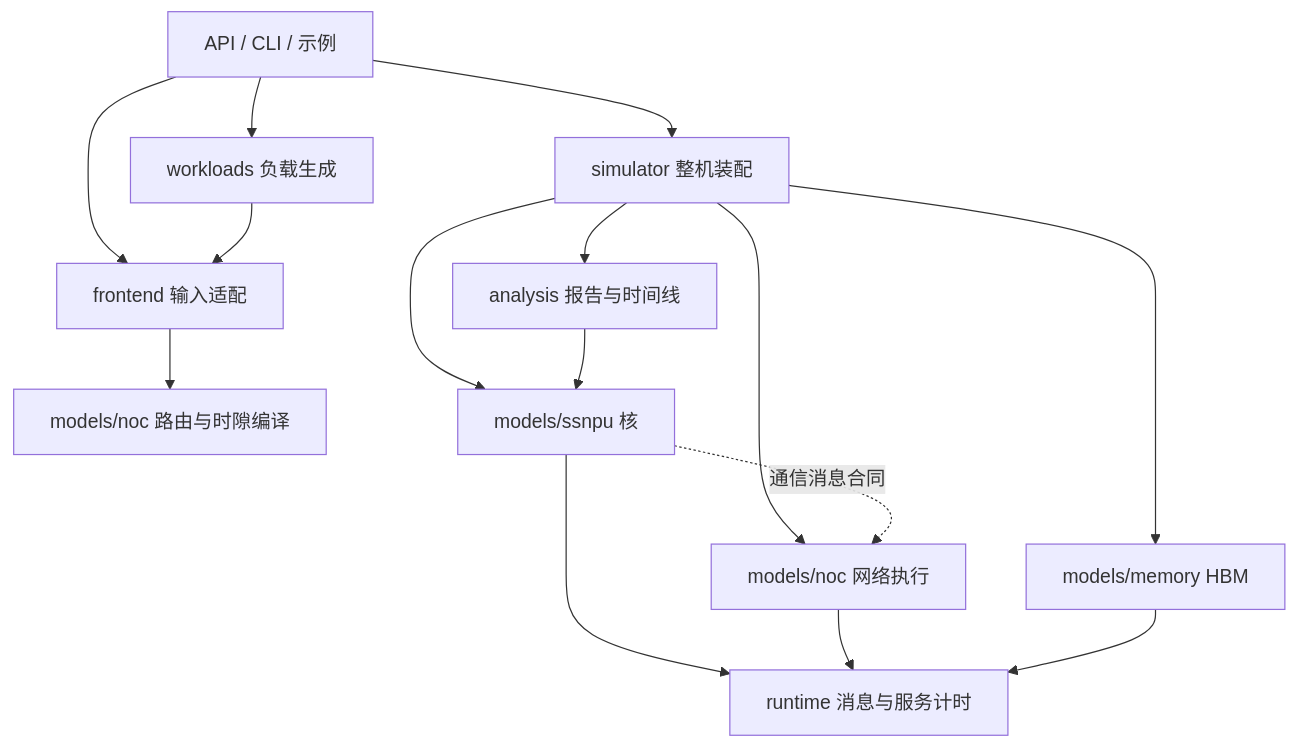
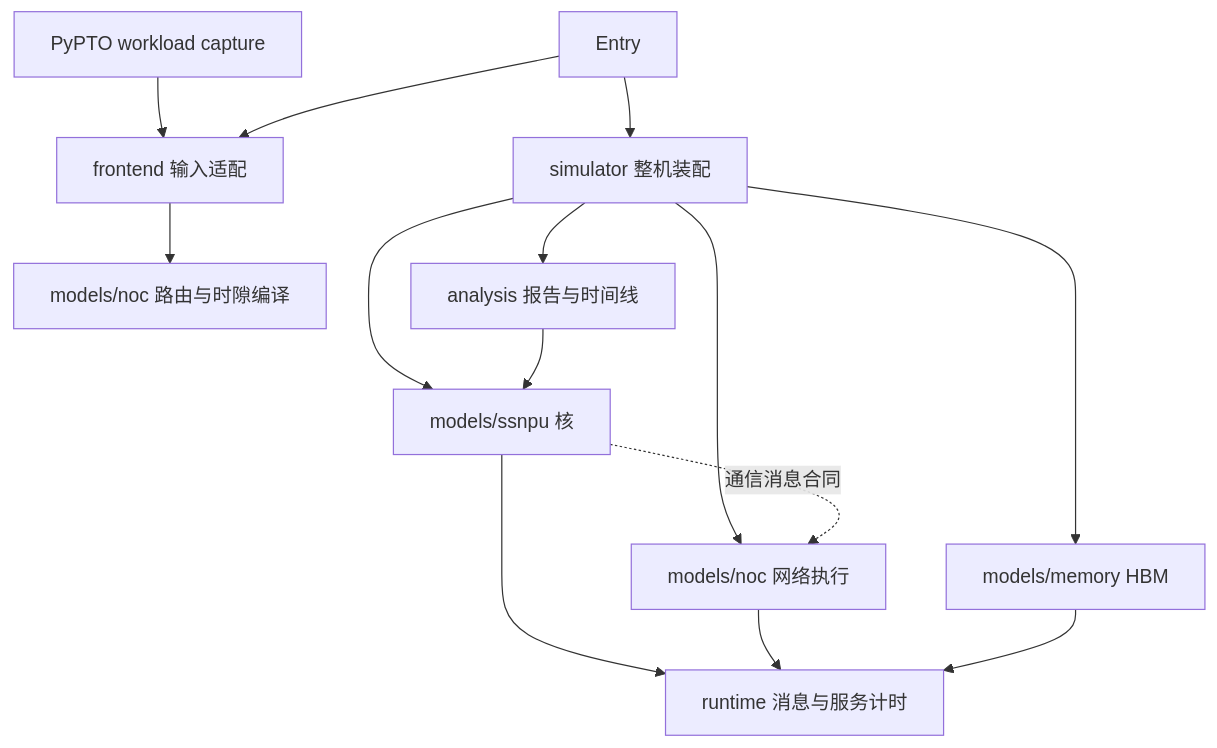
The diagram in docs/STRUCTURE.md (bobobobo271/wse-perf-sim), drawn with Mermaid before and after one commit. The commit also changed other lines of this file and 21 other files, not shown here.

Commit message:
Require PyPTO captures for workload replay

````diff
--- a/docs/STRUCTURE.md
+++ b/docs/STRUCTURE.md
@@ -77,17 +73,16 @@
 ```mermaid
 flowchart TD
-    Entry[API / CLI / 示例] --> Workloads[workloads 负载生成]
+    PTO[PyPTO workload capture] --> Frontend[frontend 输入适配]
     Entry --> Frontend[frontend 输入适配]
     Entry --> Sim[simulator 整机装配]
-    Workloads --> Frontend
     Frontend --> Compiler[models/noc 路由与时隙编译]
     Sim --> Core[models/ssnpu 核]
     Sim --> NoC[models/noc 网络执行]
     Sim --> Memory[models/memory HBM]
     Sim --> Analysis[analysis 报告与时间线]
     Analysis --> Core
     Core --> Runtime[runtime 消息与服务计时]
     NoC --> Runtime
     Memory --> Runtime
     Core -. 通信消息合同 .-> NoC
 ```
````
